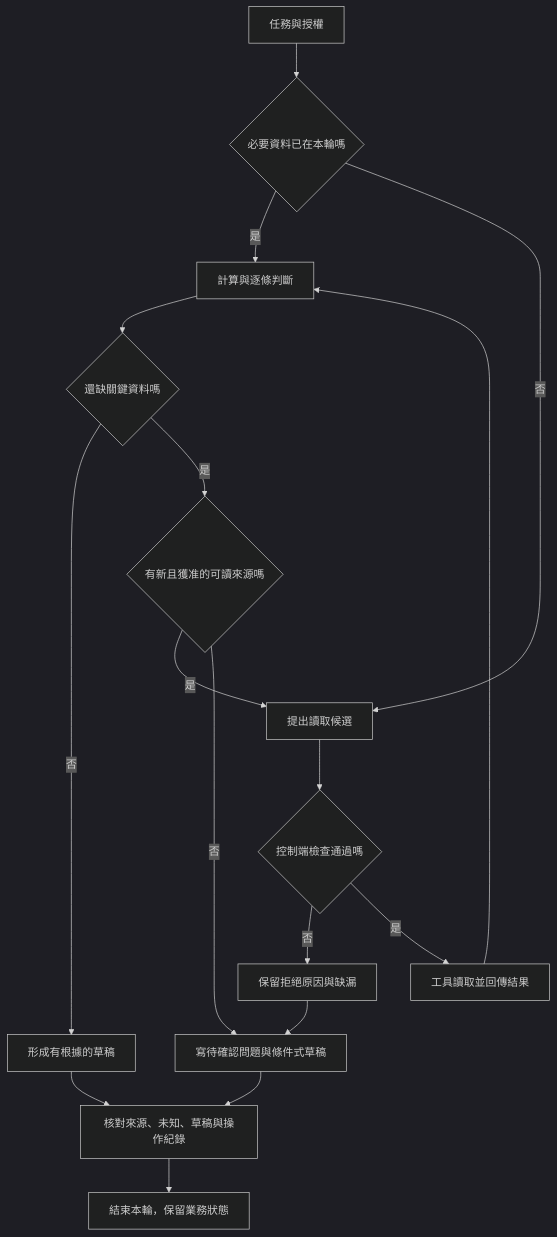
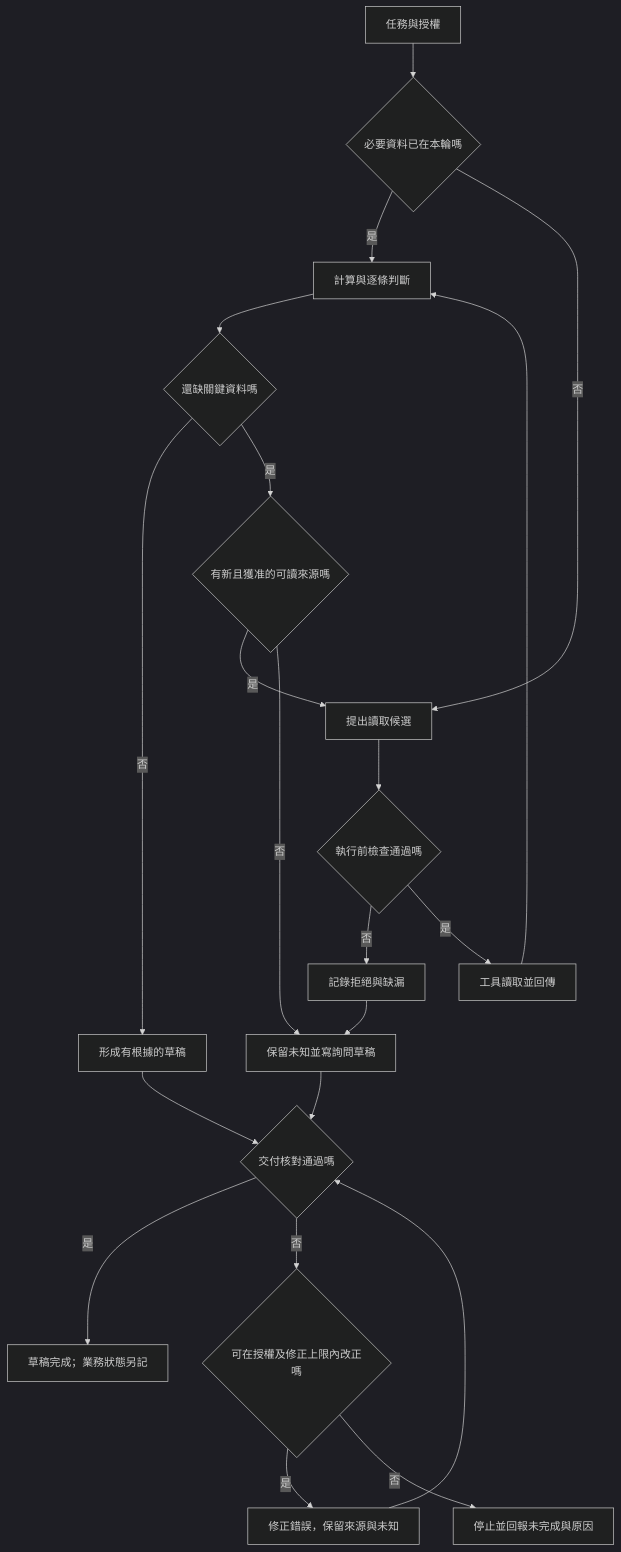
The diagram in chapters/foundations/01-agent-and-harness/lesson.md (easyvibecoding/Agent-Engineering), drawn with Mermaid (dark theme) before and after one commit. The commit also changed other lines of this file and 134 other files, not shown here.

````diff
--- a/chapters/foundations/01-agent-and-harness/lesson.md
+++ b/chapters/foundations/01-agent-and-harness/lesson.md
@@ -105,19 +147,23 @@
 ```mermaid
 flowchart TD
     A[任務與授權] --> B{必要資料已在本輪嗎}
     B -- 是 --> F[計算與逐條判斷]
     B -- 否 --> C[提出讀取候選]
-    C --> D{控制端檢查通過嗎}
-    D -- 否 --> E[保留拒絕原因與缺漏]
-    D -- 是 --> T[工具讀取並回傳結果]
+    C --> D{執行前檢查通過嗎}
+    D -- 否 --> E[記錄拒絕與缺漏]
+    D -- 是 --> T[工具讀取並回傳]
     T --> F
     F --> G{還缺關鍵資料嗎}
     G -- 否 --> J[形成有根據的草稿]
     G -- 是 --> H{有新且獲准的可讀來源嗎}
     H -- 是 --> C
-    H -- 否 --> I[寫待確認問題與條件式草稿]
+    H -- 否 --> I[保留未知並寫詢問草稿]
     E --> I
-    I --> V[核對來源、未知、草稿與操作紀錄]
+    I --> V{交付核對通過嗎}
     J --> V
-    V --> K[結束本輪，保留業務狀態]
+    V -- 是 --> K[草稿完成；業務狀態另記]
+    V -- 否 --> R{可在授權及修正上限內改正嗎}
+    R -- 是 --> U[修正錯誤，保留來源與未知]
+    U --> V
+    R -- 否 --> S[停止並回報未完成與原因]
 ```
````
